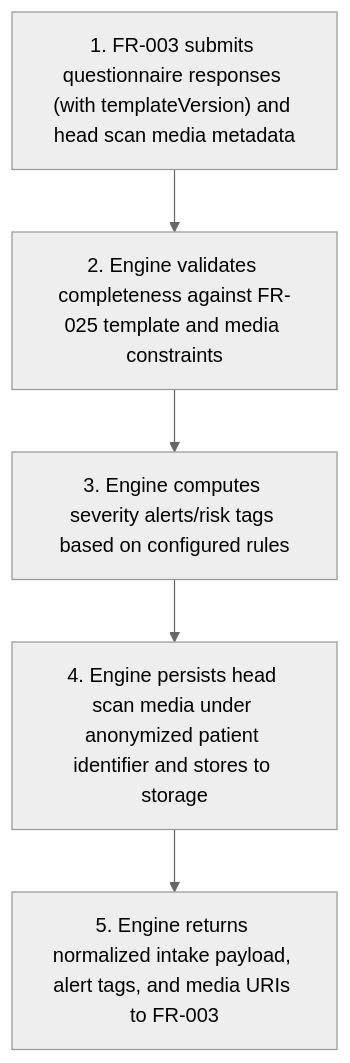
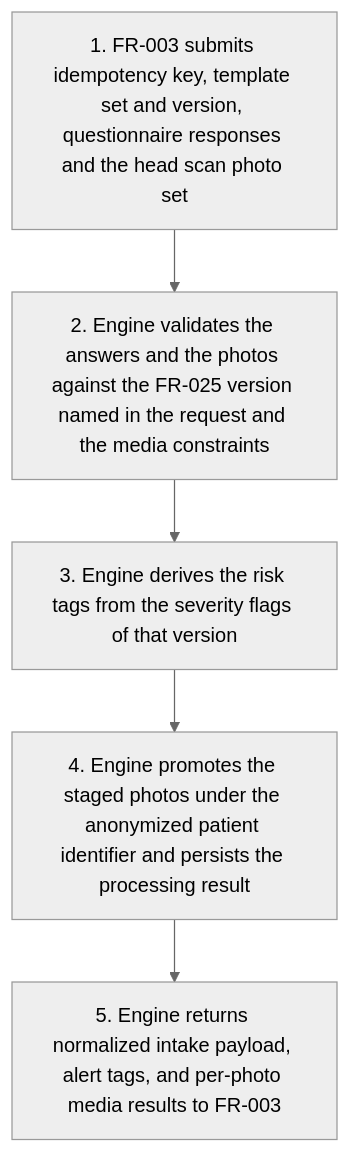
One commit to joachimtrungtuan/hairline-pm-docs changed the first of 6 diagrams in project-requirements/functional-requirements/fr002-medical-history/prd.md. Above: the diagram before and after it, drawn with Mermaid (neutral theme). The commit also changed other lines of this file and 5 other files, not shown here.

Commit message:
docs(fr002): apply logic review pass 1 fixes to PRD and graph

````diff
--- a/project-requirements/functional-requirements/fr002-medical-history/prd.md
+++ b/project-requirements/functional-requirements/fr002-medical-history/prd.md
@@ -87,7 +88,7 @@
 ```mermaid
 flowchart TD
-  S1["1. FR-003 submits questionnaire responses (with templateVersion) and head scan media metadata"] --> S2["2. Engine validates completeness against FR-025 template and media constraints"]
-  S2 --> S3["3. Engine computes severity alerts/risk tags based on configured rules"]
-  S3 --> S4["4. Engine persists head scan media under anonymized patient identifier and stores to storage"]
-  S4 --> S5["5. Engine returns normalized intake payload, alert tags, and media URIs to FR-003"]
+  S1["1. FR-003 submits idempotency key, template set and version, questionnaire responses and the head scan photo set"] --> S2["2. Engine validates the answers and the photos against the FR-025 version named in the request and the media constraints"]
+  S2 --> S3["3. Engine derives the risk tags from the severity flags of that version"]
+  S3 --> S4["4. Engine promotes the staged photos under the anonymized patient identifier and persists the processing result"]
+  S4 --> S5["5. Engine returns normalized intake payload, alert tags, and per-photo media results to FR-003"]
 ```
````
